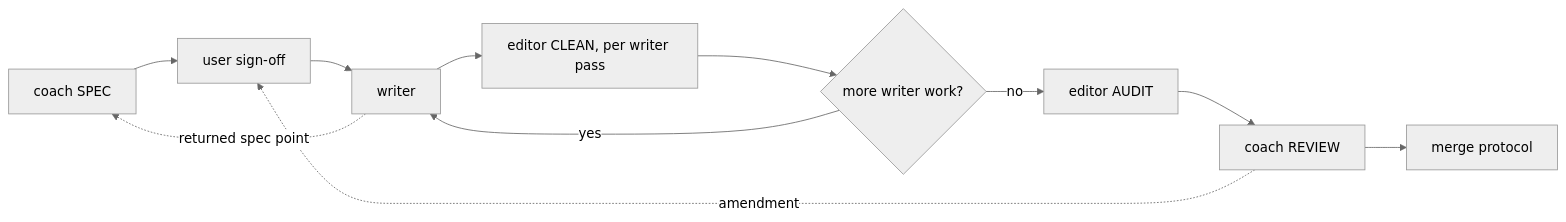
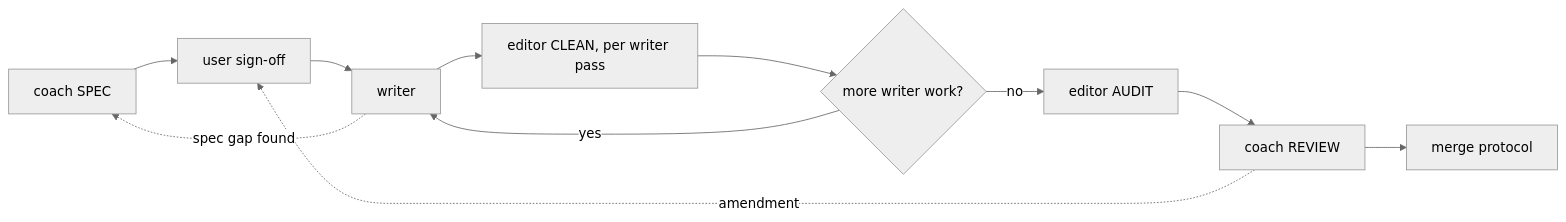
One commit to DetweilerRyan/gol changed the third of 3 diagrams in .claude/references/pipelines.md. Above: the diagram before and after it, drawn with Mermaid (neutral theme). The commit also changed other lines of this file and 3 other files, not shown here.

````diff
--- a/.claude/references/pipelines.md
+++ b/.claude/references/pipelines.md
@@ -141,13 +141,13 @@
 ```mermaid
 flowchart LR
   A[coach SPEC] --> U[user sign-off]
   U --> W[writer]
   W --> X[editor CLEAN, per writer pass]
   X --> Y{more writer work?}
   Y -->|yes| W
   Y -->|no| Z[editor AUDIT]
   Z --> R[coach REVIEW]
   R --> G[merge protocol]
-  W -.->|returned spec point| A
+  W -.->|spec gap found| A
   R -.->|amendment| U
 ```
````
